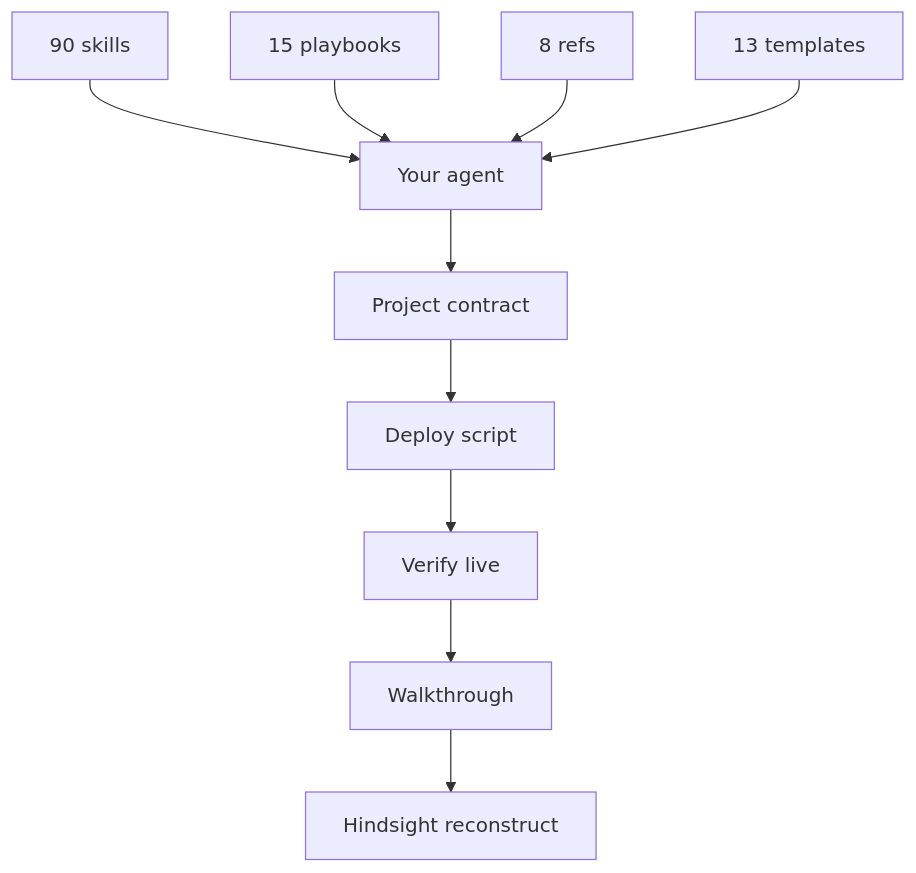
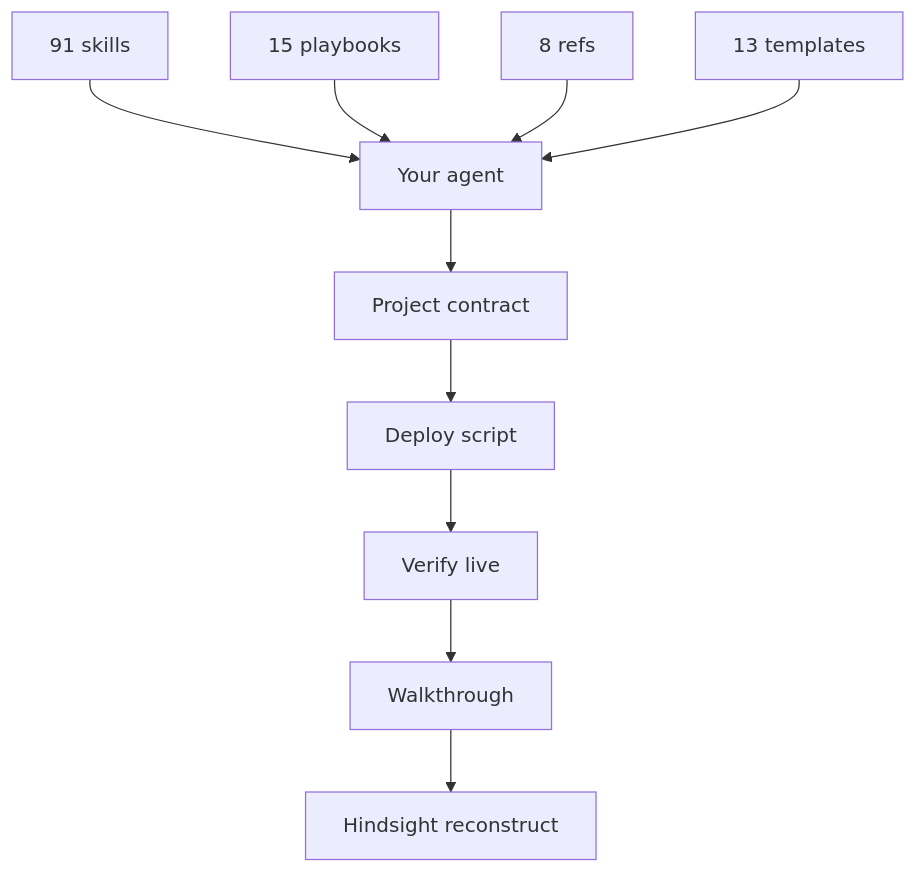
The third of 3 diagrams in README.md (Nonarkara/dr-non-vibecoding-skills), drawn with Mermaid before and after one commit. The commit also changed other lines of this file and 5 other files, not shown here.

````diff
--- a/README.md
+++ b/README.md
@@ -362,12 +362,12 @@
 ```mermaid
 flowchart TB
-  S["90 skills"] --> A["Your agent"]
+  S["91 skills"] --> A["Your agent"]
   P["15 playbooks"] --> A
   R["8 refs"] --> A
   T["13 templates"] --> A
   A --> W["Project contract"]
   W --> D["Deploy script"]
   D --> V["Verify live"]
   V --> H["Walkthrough"]
   H --> L["Hindsight reconstruct"]
 ```
````
